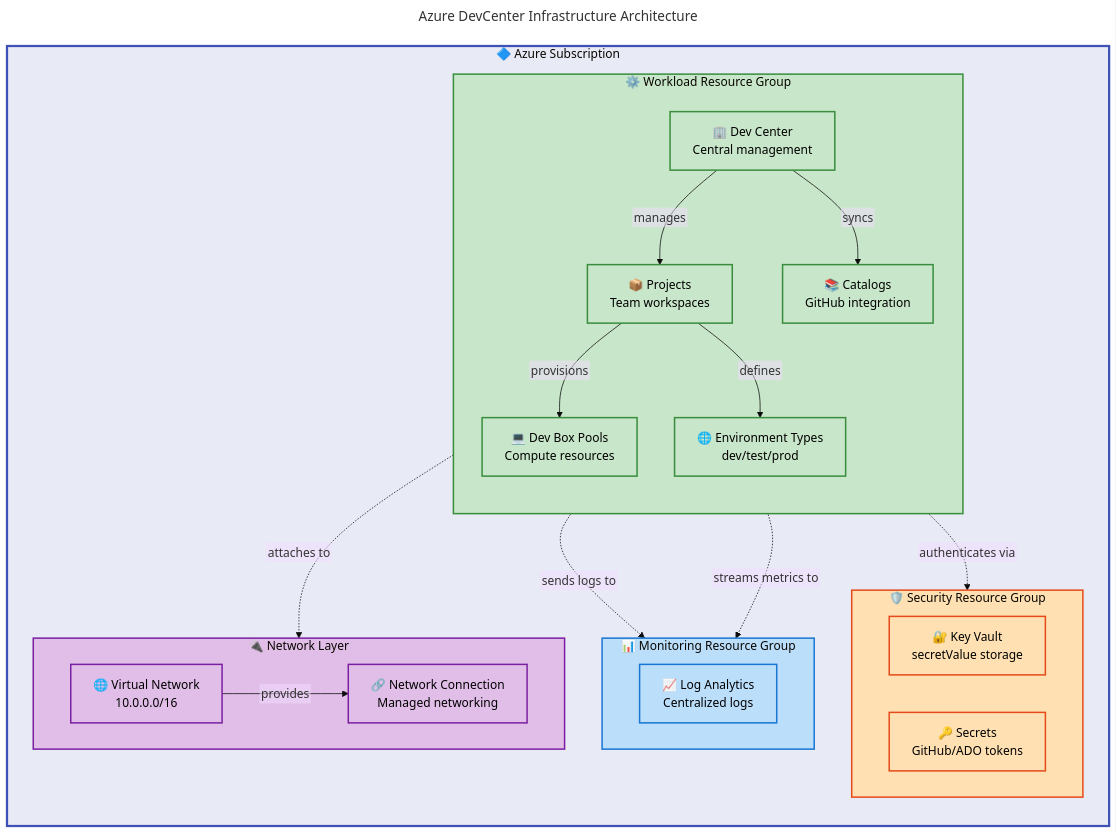
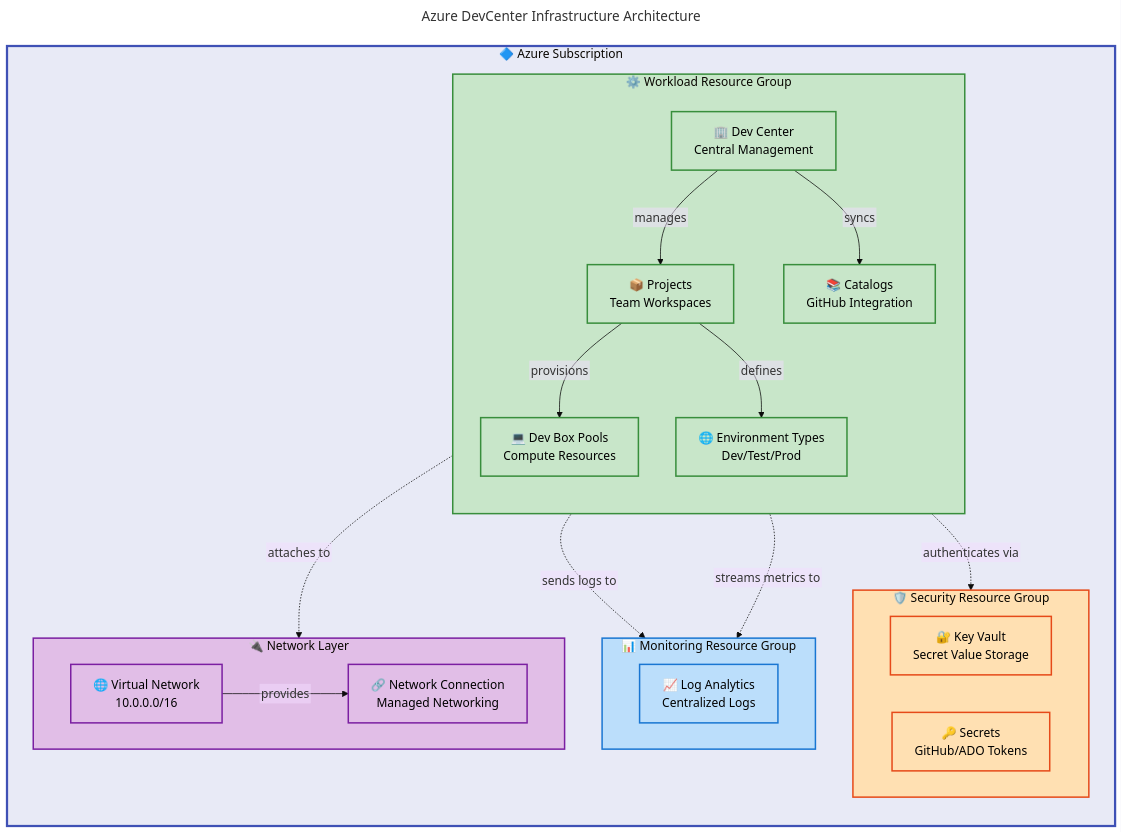
One commit to Evilazaro/DevExp-DevBox changed the diagram in README.md. Above: the diagram before and after it, drawn with Mermaid.

Commit message:
refactor: improve semantics and capitalization in architecture diagram of README.md

```diff
--- a/README.md
+++ b/README.md
@@ -86,8 +86,8 @@
     %% SUBGRAPH HIERARCHY (Indigo progression):
     %%   Level 1: #E8EAF6 | Level 2: #C5CAE9 | Level 3: #9FA8DA | Level 4: #7986CB
     %% SEMANTIC COLORS (functional purpose):
-    %%   Blue=#BBDEFB (API) | Green=#C8E6C9 (Workload) | Orange=#FFE0B2 (Security)
-    %%   Teal=#B2DFDB (Data) | Yellow=#FFF9C4 (Monitoring) | Purple=#E1BEE7 (Optional)
+    %%   Blue=#BBDEFB (Monitoring/API) | Green=#C8E6C9 (Workload) | Orange=#FFE0B2 (Security)
+    %%   Teal=#B2DFDB (Data) | Yellow=#FFF9C4 (Analytics) | Purple=#E1BEE7 (Network)
     %% ═══════════════════════════════════════════════════════════════════════════
 
     %% Complete classDef palette (8 semantic + 4 hierarchical)
@@ -105,22 +105,22 @@
 
         subgraph SecurityRG["🛡️ Security Resource Group"]
             direction LR
-            kv["🔐 Key Vault<br/>secretValue storage"]:::mdOrange
-            secrets["🔑 Secrets<br/>GitHub/ADO tokens"]:::mdOrange
+            kv["🔐 Key Vault<br/>Secret Value Storage"]:::mdOrange
+            secrets["🔑 Secrets<br/>GitHub/ADO Tokens"]:::mdOrange
         end
 
         subgraph MonitoringRG["📊 Monitoring Resource Group"]
             direction LR
-            la["📈 Log Analytics<br/>Centralized logs"]:::mdBlue
+            la["📈 Log Analytics<br/>Centralized Logs"]:::mdBlue
         end
 
         subgraph WorkloadRG["⚙️ Workload Resource Group"]
             direction TB
-            dc["🏢 Dev Center<br/>Central management"]:::mdGreen
-            proj["📦 Projects<br/>Team workspaces"]:::mdGreen
-            pool["💻 Dev Box Pools<br/>Compute resources"]:::mdGreen
-            env["🌐 Environment Types<br/>dev/test/prod"]:::mdGreen
-            cat["📚 Catalogs<br/>GitHub integration"]:::mdGreen
+            dc["🏢 Dev Center<br/>Central Management"]:::mdGreen
+            proj["📦 Projects<br/>Team Workspaces"]:::mdGreen
+            pool["💻 Dev Box Pools<br/>Compute Resources"]:::mdGreen
+            env["🌐 Environment Types<br/>Dev/Test/Prod"]:::mdGreen
+            cat["📚 Catalogs<br/>GitHub Integration"]:::mdGreen
 
             dc -->|"manages"| proj
             proj -->|"provisions"| pool
@@ -131,7 +131,7 @@
         subgraph Connectivity["🔌 Network Layer"]
             direction LR
             vnet["🌐 Virtual Network<br/>10.0.0.0/16"]:::mdPurple
-            nc["🔗 Network Connection<br/>Managed networking"]:::mdPurple
+            nc["🔗 Network Connection<br/>Managed Networking"]:::mdPurple
             vnet -->|"provides"| nc
         end
     end
```
